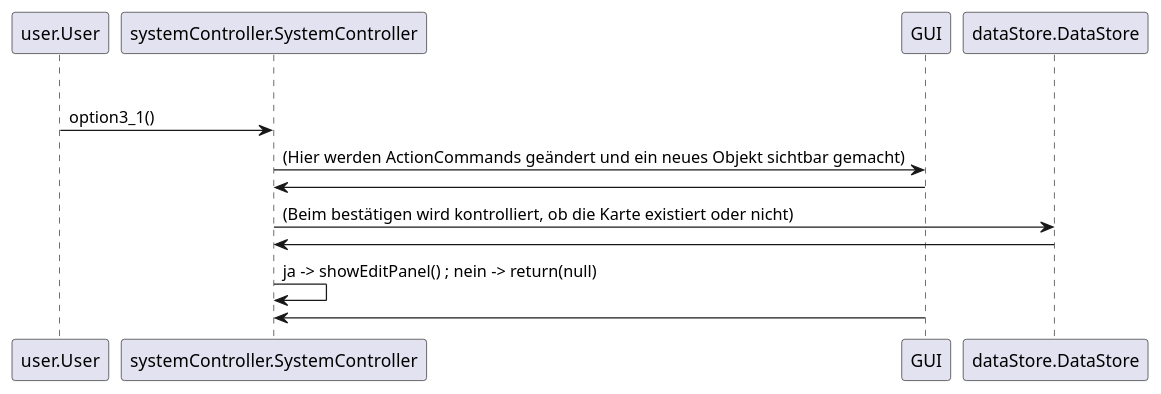
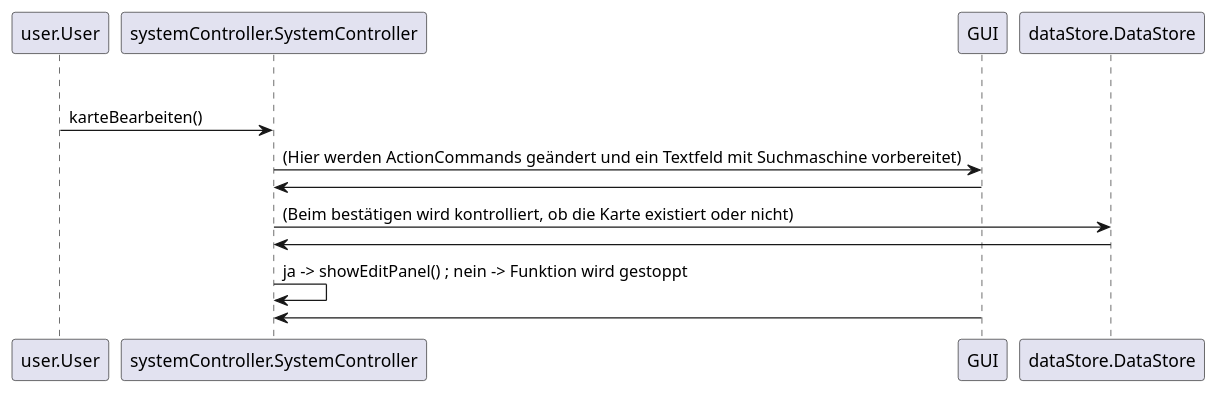
Before and after one commit to teach404W/Verwaltungssoftware_Team_2: the third of 4 diagrams in Docs/Pflichtenheft/Diagramme/Seque.iuml, drawn with PlantUML. The commit also changed other lines of this file and 12 other files, not shown here.

```diff
--- a/Docs/Pflichtenheft/Diagramme/Seque.iuml
+++ b/Docs/Pflichtenheft/Diagramme/Seque.iuml
@@ -89,11 +89,11 @@
 @startuml 
 group Karte bearbeiten [Karte bearbeiten]
-       user.User -> "systemController.SystemController" : option3_1()
-        systemController.SystemController -> GUI : (Hier werden ActionCommands geändert und ein neues Objekt sichtbar gemacht)
+       user.User -> "systemController.SystemController" : karteBearbeiten()
+        systemController.SystemController -> GUI : (Hier werden ActionCommands geändert und ein Textfeld mit Suchmaschine vorbereitet)
         GUI -> systemController.SystemController : 
         systemController.SystemController -> dataStore.DataStore : (Beim bestätigen wird kontrolliert, ob die Karte existiert oder nicht)
         dataStore.DataStore -> systemController.SystemController : 
-        systemController.SystemController -> systemController.SystemController :  ja -> showEditPanel() ; nein -> return(null)
+        systemController.SystemController -> systemController.SystemController :  ja -> showEditPanel() ; nein -> Funktion wird gestoppt
         GUI -> systemController.SystemController : 
 
 @enduml
```
